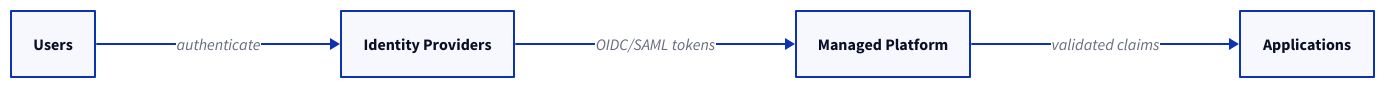
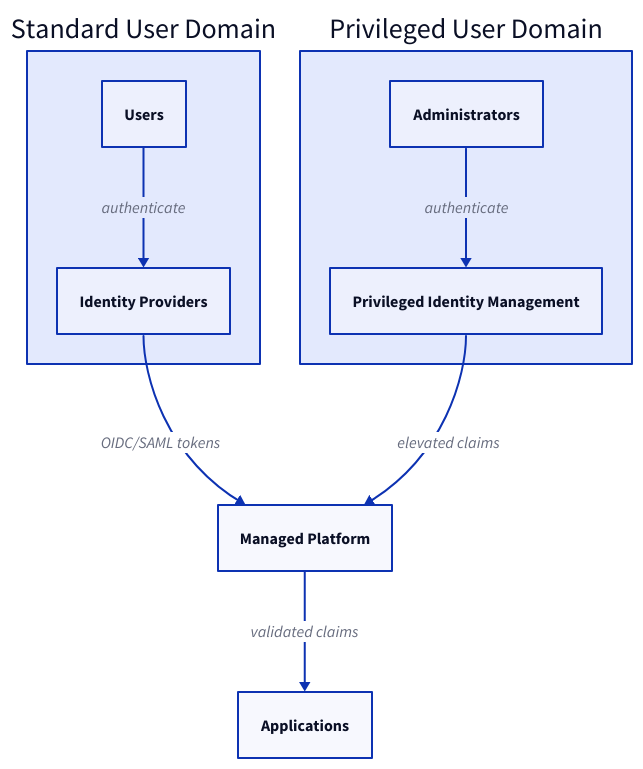
Before and after one commit to wagov-dtt/architecture-decision-records: the diagram in security/013-identity-federation.md, drawn with D2. The commit also changed 2 other files, not shown here.

Commit message:
Improve identity diagrams and clarify content workflow terminology
- Update ADR 013 and identity-management reference architecture diagrams
  to show clear separation between privileged and standard user domains
- Clarify content-management workflow terminology by consolidating
  redundant 'editorial approval' and 'content moderation' items into
  distinct, specific guidance

````diff
--- a/security/013-identity-federation.md
+++ b/security/013-identity-federation.md
@@ -56,12 +56,23 @@
 ```d2
-direction: right
+direction: down
 
-users: Users
-providers: Identity Providers
+standard: Standard User Domain {
+  users: Users
+  idp: Identity Providers
+}
+
+privileged: Privileged User Domain {
+  admins: Administrators
+  pim: Privileged Identity Management
+}
+
 platform: Managed Platform
+
+standard.users -> standard.idp: authenticate
+standard.idp -> platform: OIDC/SAML tokens
+privileged.admins -> privileged.pim: authenticate
+privileged.pim -> platform: elevated claims
+platform -> apps: validated claims
+
 apps: Applications
-
-users -> providers: authenticate
-providers -> platform: OIDC/SAML tokens
-platform -> apps: validated claims
 ```
````
